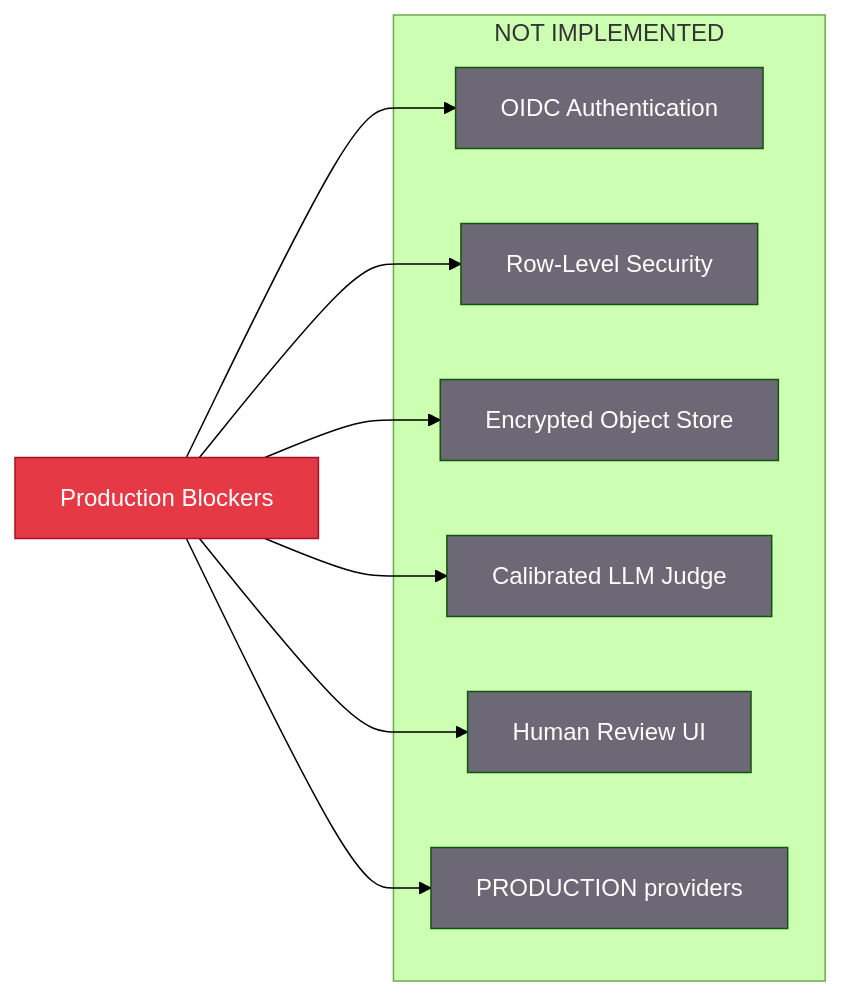
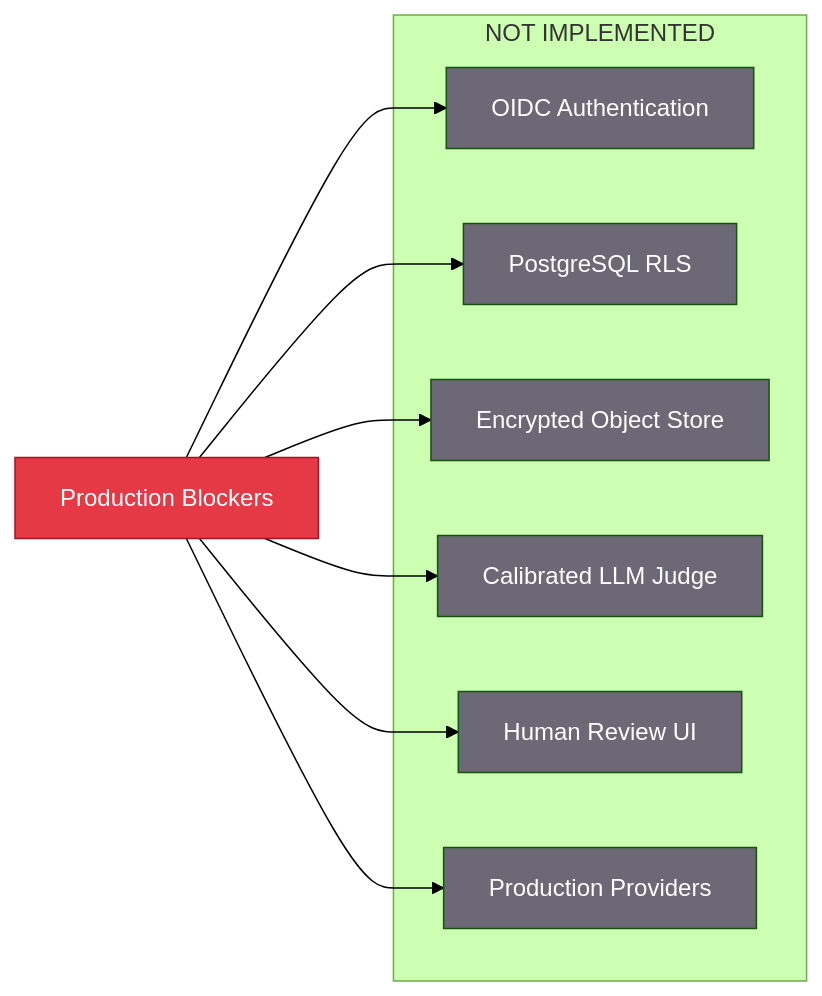
One commit to Runndownn/Wilson-Eval3ngine- changed the ninth of 10 diagrams in README.md. Above: the diagram before and after it, drawn with Mermaid (forest theme). The commit also changed other lines of this file, not shown here.

Commit message:
docs: fix mermaid diagrams and update test counts to 618 total

````diff
--- a/README.md
+++ b/README.md
@@ -449,25 +467,25 @@
 ```mermaid
 flowchart LR
     BLOCKER[Production Blockers]
     
     subgraph MISSING["NOT IMPLEMENTED"]
         OIDC[OIDC Authentication]
-        RLS[Row-Level Security]
+        RLS[PostgreSQL RLS]
         OBJ[Encrypted Object Store]
         JUDGE[Calibrated LLM Judge]
         REVIEW[Human Review UI]
-        ADAPTER[PRODUCTION providers]
+        ADAPTER[Production Providers]
     end
 
     BLOCKER --> OIDC
     BLOCKER --> RLS
     BLOCKER --> OBJ
     BLOCKER --> JUDGE
     BLOCKER --> REVIEW
     BLOCKER --> ADAPTER
 
     classDef blocker fill:#e63946,stroke:#a41320,color:#fff
     classDef missing fill:#6d6875,color:#fff
     class BLOCKER blocker
     class OIDC,RLS,OBJ,JUDGE,REVIEW,ADAPTER missing
 ```
````
